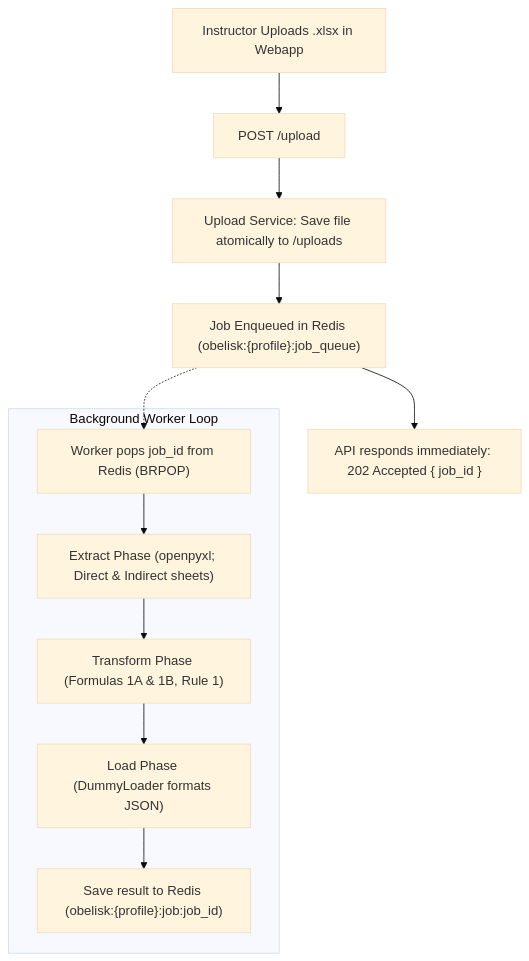
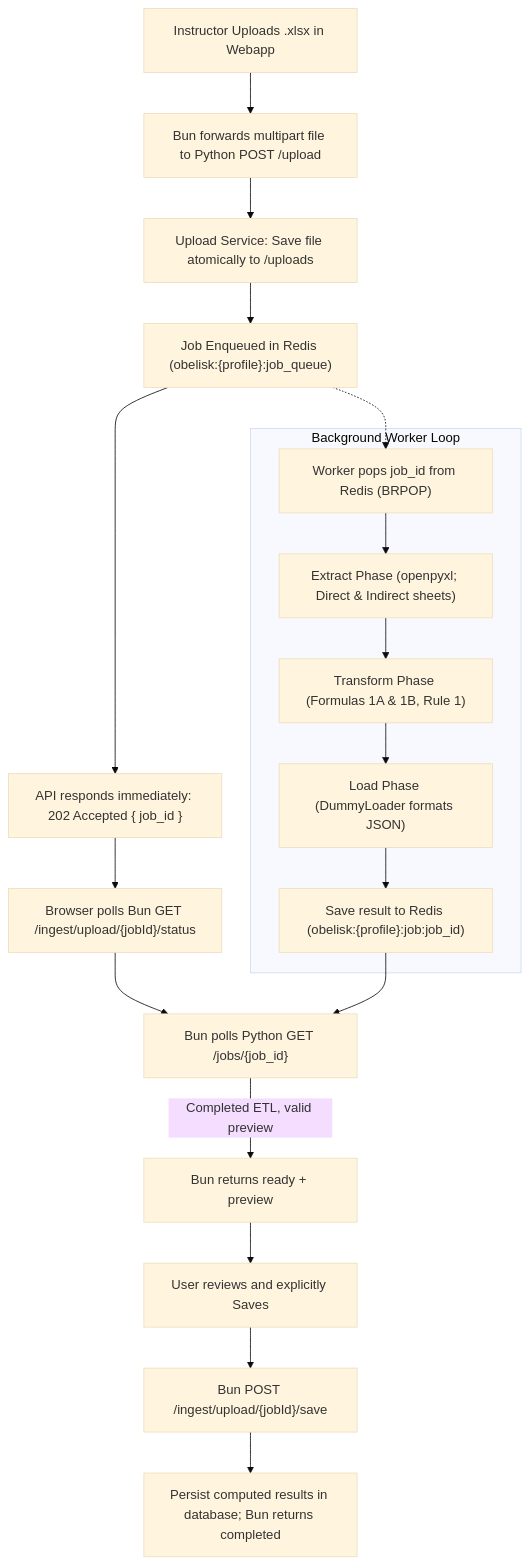
Before and after one commit to Zerodayu/Obelisk: the first of 2 diagrams in apps/python-server/documentations/SYSTEM_PROCESS_EXPLAINED.md, drawn with Mermaid (base theme). The commit also changed other lines of this file and 14 other files, not shown here.

````diff
--- a/apps/python-server/documentations/SYSTEM_PROCESS_EXPLAINED.md
+++ b/apps/python-server/documentations/SYSTEM_PROCESS_EXPLAINED.md
@@ -85,17 +85,24 @@
 ```mermaid
 flowchart TD
-    A["Instructor Uploads .xlsx in Webapp"] --> B["POST /upload"]
+    A["Instructor Uploads .xlsx in Webapp"] --> B["Bun forwards multipart file to Python POST /upload"]
     B --> C["Upload Service: Save file atomically to /uploads"]
     C --> D["Job Enqueued in Redis (obelisk:{profile}:job_queue)"]
     D --> E["API responds immediately: 202 Accepted { job_id }"]
     
     subgraph Background Worker Loop
         F["Worker pops job_id from Redis (BRPOP)"]
         F --> G["Extract Phase (openpyxl; Direct & Indirect sheets)"]
         G --> H["Transform Phase (Formulas 1A & 1B, Rule 1)"]
         H --> I["Load Phase (DummyLoader formats JSON)"]
         I --> J["Save result to Redis (obelisk:{profile}:job:job_id)"]
     end
     
     D -.-> F
+    E --> P["Browser polls Bun GET /ingest/upload/{jobId}/status"]
+    P --> Q["Bun polls Python GET /jobs/{job_id}"]
+    J --> Q
+    Q -->|Completed ETL, valid preview| R["Bun returns ready + preview"]
+    R --> S["User reviews and explicitly Saves"]
+    S --> T["Bun POST /ingest/upload/{jobId}/save"]
+    T --> U["Persist computed results in database; Bun returns completed"]
 ```
````
